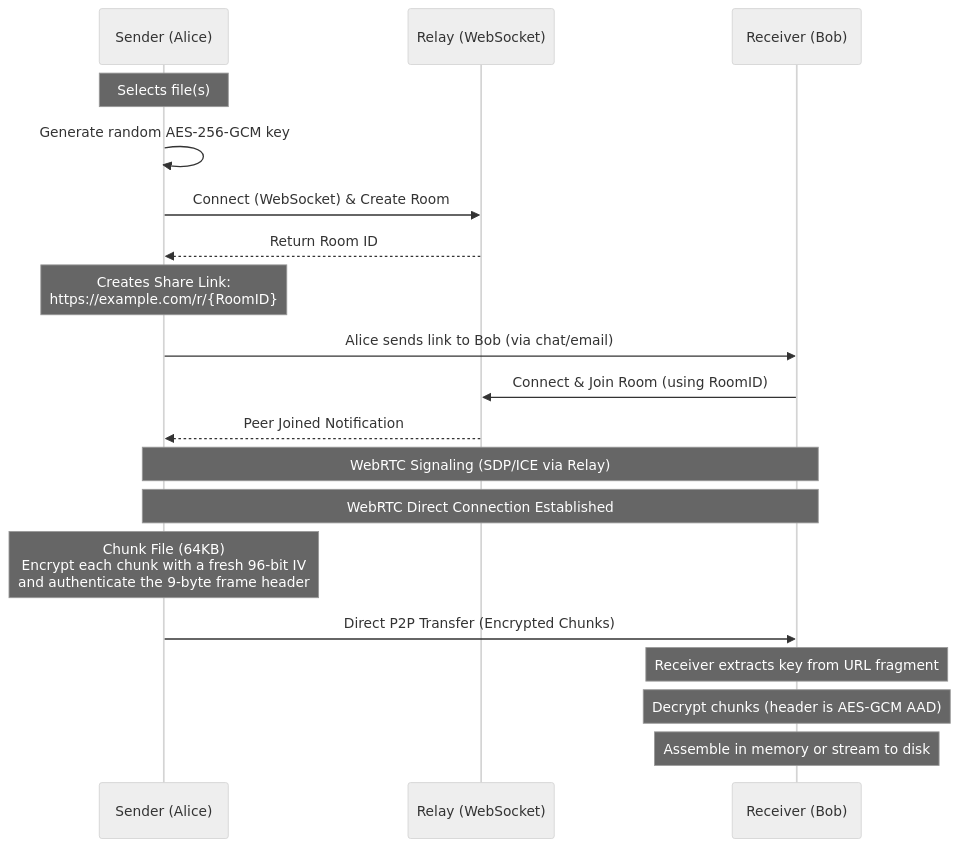
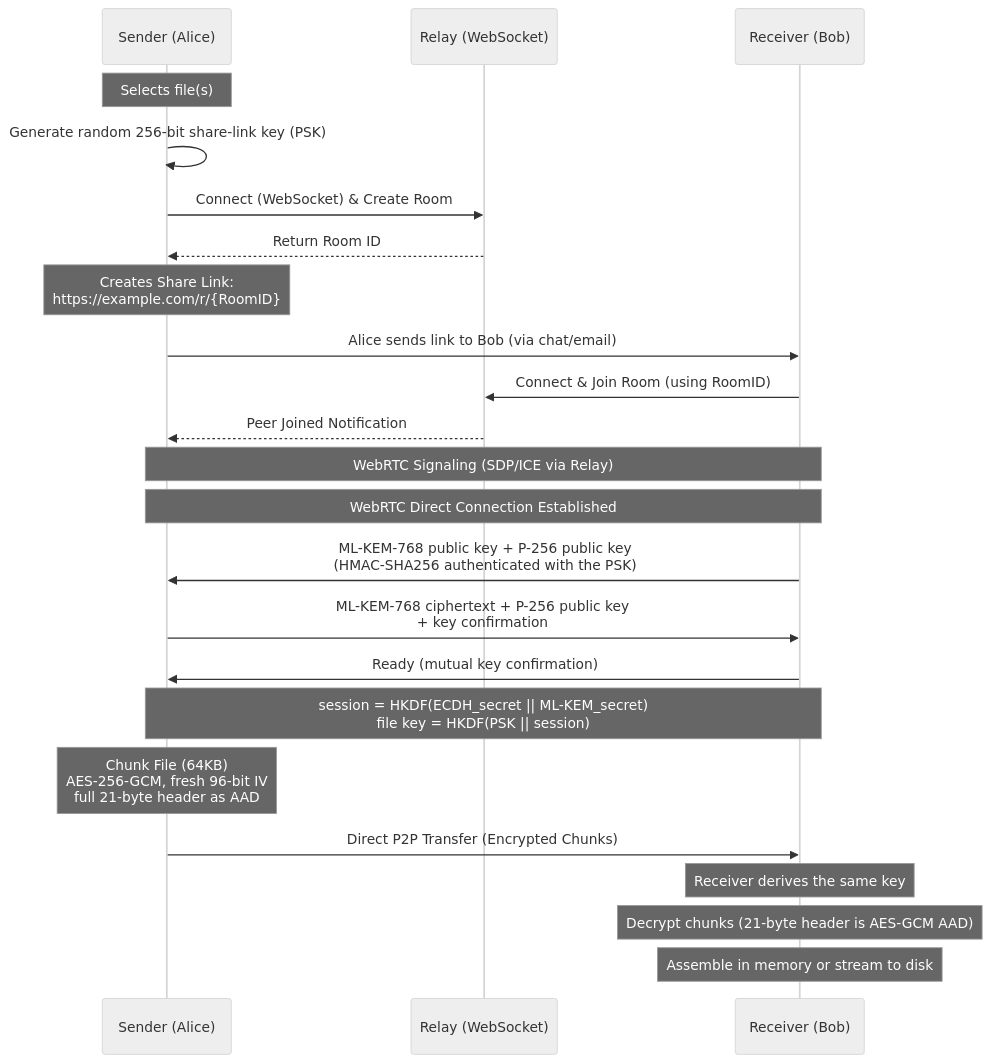
The diagram in README.md (itsoumya-d/peervault), drawn with Mermaid (neutral theme) before and after one commit. The commit also changed other lines of this file and 37 other files, not shown here.

Commit message:
feat: implement FIPS 203 ML-KEM-768 hybrid handshake and full-header AAD

````diff
--- a/README.md
+++ b/README.md
@@ -68,26 +68,31 @@
 ```mermaid
 sequenceDiagram
     participant S as Sender (Alice)
     participant R as Relay (WebSocket)
     participant C as Receiver (Bob)
 
     Note over S: Selects file(s)
-    S->>S: Generate random AES-256-GCM key
+    S->>S: Generate random 256-bit share-link key (PSK)
     S->>R: Connect (WebSocket) & Create Room
     R-->>S: Return Room ID
-    Note over S: Creates Share Link:<br/>https://example.com/r/{RoomID}#{AESKey}
+    Note over S: Creates Share Link:<br/>https://example.com/r/{RoomID}#{PSK}
 
     S->>C: Alice sends link to Bob (via chat/email)
     C->>R: Connect & Join Room (using RoomID)
     R-->>S: Peer Joined Notification
 
     Note over S,C: WebRTC Signaling (SDP/ICE via Relay)
     Note over S,C: WebRTC Direct Connection Established
 
-    Note over S: Chunk File (64KB)<br/>Encrypt each chunk with a fresh 96-bit IV<br/>and authenticate the 9-byte frame header
+    C->>S: ML-KEM-768 public key + P-256 public key<br/>(HMAC-SHA256 authenticated with the PSK)
+    S->>C: ML-KEM-768 ciphertext + P-256 public key<br/>+ key confirmation
+    C->>S: Ready (mutual key confirmation)
+    Note over S,C: session = HKDF(ECDH_secret || ML-KEM_secret)<br/>file key = HKDF(PSK || session)
+
+    Note over S: Chunk File (64KB)<br/>AES-256-GCM, fresh 96-bit IV<br/>full 21-byte header as AAD
     S->>C: Direct P2P Transfer (Encrypted Chunks)
 
-    Note over C: Receiver extracts key from URL fragment
-    Note over C: Decrypt chunks (header is AES-GCM AAD)
+    Note over C: Receiver derives the same key
+    Note over C: Decrypt chunks (21-byte header is AES-GCM AAD)
     Note over C: Assemble in memory or stream to disk
 ```
````
